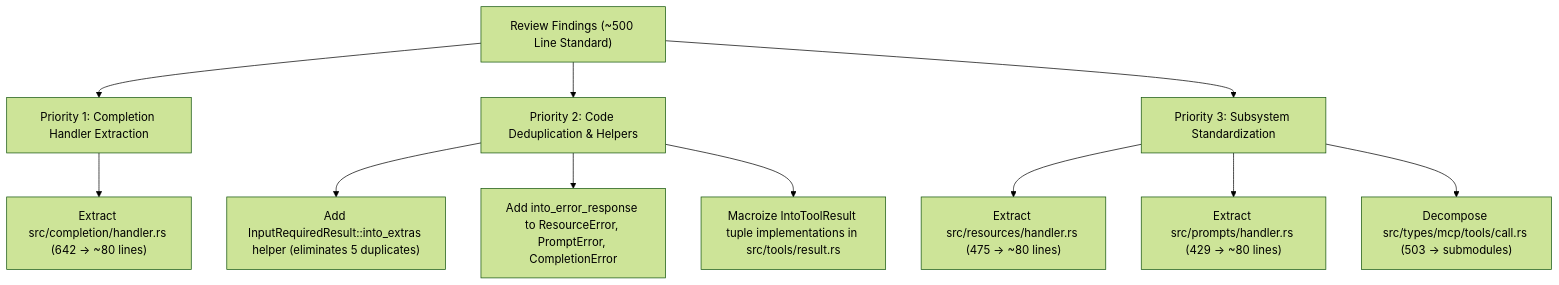
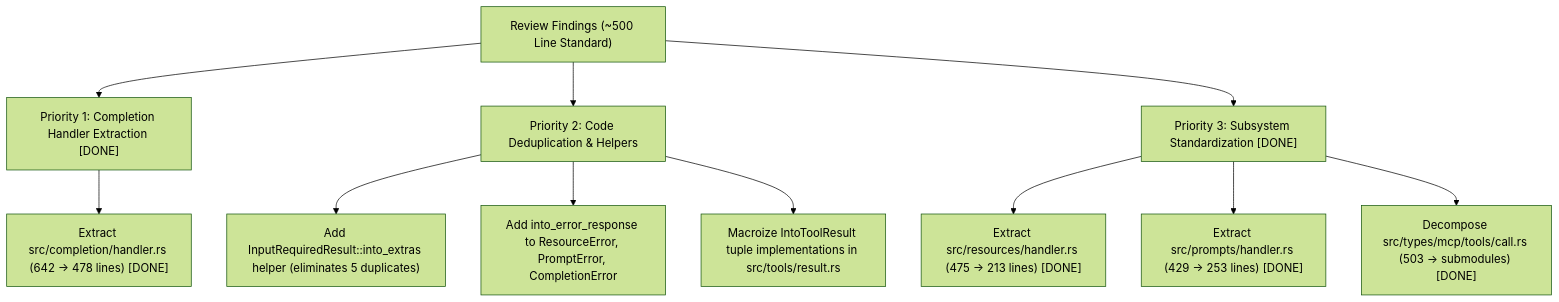
One commit to andreban/mcp-routing changed the diagram in docs/MODULARIZATION_AND_CODE_QUALITY_REVIEW.md. Above: the diagram before and after it, drawn with Mermaid (forest theme). The commit also changed other lines of this file and 10 other files, not shown here.

First line of the commit message:
Modularize subsystems and decompose oversized files below 500 lines

````diff
--- a/docs/MODULARIZATION_AND_CODE_QUALITY_REVIEW.md
+++ b/docs/MODULARIZATION_AND_CODE_QUALITY_REVIEW.md
@@ -86,16 +86,16 @@
 ```mermaid
 graph TD
-    A["Review Findings (~500 Line Standard)"] --> B["Priority 1: Completion Handler Extraction"]
+    A["Review Findings (~500 Line Standard)"] --> B["Priority 1: Completion Handler Extraction [DONE]"]
     A --> C["Priority 2: Code Deduplication & Helpers"]
-    A --> D["Priority 3: Subsystem Standardization"]
+    A --> D["Priority 3: Subsystem Standardization [DONE]"]
     
-    B --> B1["Extract src/completion/handler.rs (642 -> ~80 lines)"]
+    B --> B1["Extract src/completion/handler.rs (642 -> 478 lines) [DONE]"]
     
     C --> C1["Add InputRequiredResult::into_extras helper (eliminates 5 duplicates)"]
     C --> C2["Add into_error_response to ResourceError, PromptError, CompletionError"]
     C --> C3["Macroize IntoToolResult tuple implementations in src/tools/result.rs"]
     
-    D --> D1["Extract src/resources/handler.rs (475 -> ~80 lines)"]
-    D --> D2["Extract src/prompts/handler.rs (429 -> ~80 lines)"]
-    D --> D3["Decompose src/types/mcp/tools/call.rs (503 -> submodules)"]
+    D --> D1["Extract src/resources/handler.rs (475 -> 213 lines) [DONE]"]
+    D --> D2["Extract src/prompts/handler.rs (429 -> 253 lines) [DONE]"]
+    D --> D3["Decompose src/types/mcp/tools/call.rs (503 -> submodules) [DONE]"]
 ```
````
